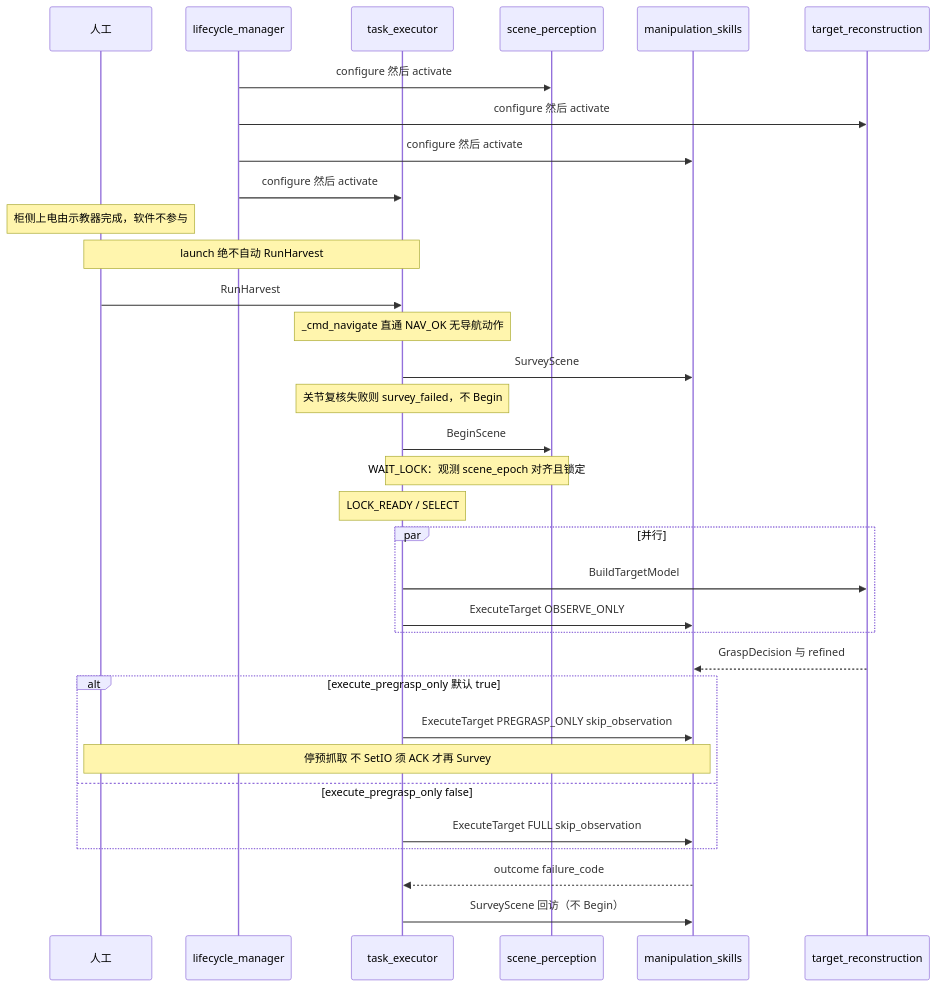
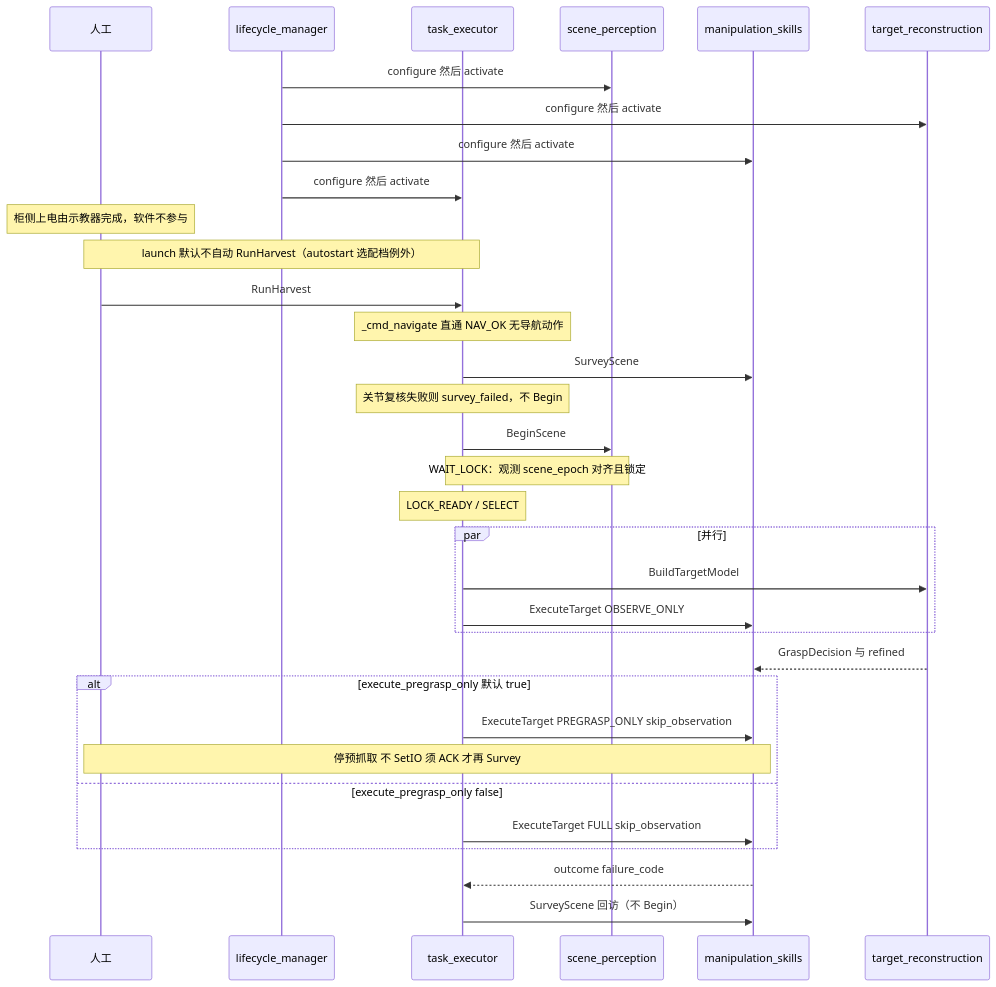
Before and after one commit to MUHAN11-c/aubo_boot: the third of 4 diagrams in src/peach/peach_harvester/doc/architecture.md, drawn with Mermaid. The commit also changed other lines of this file and 272 other files, not shown here.

````diff
--- a/src/peach/peach_harvester/doc/architecture.md
+++ b/src/peach/peach_harvester/doc/architecture.md
@@ -127,35 +124,35 @@
 ```mermaid
 sequenceDiagram
   participant Op as 人工
   participant Lcm as lifecycle_manager
   participant Ex as task_executor
   participant Sc as scene_perception
   participant Sk as manipulation_skills
   participant Rc as target_reconstruction
   Lcm->>Sc: configure 然后 activate
   Lcm->>Rc: configure 然后 activate
   Lcm->>Sk: configure 然后 activate
   Lcm->>Ex: configure 然后 activate
   Note over Op: 柜侧上电由示教器完成，软件不参与
-  Note over Op,Ex: launch 绝不自动 RunHarvest
+  Note over Op,Ex: launch 默认不自动 RunHarvest（autostart 选配档例外）
   Op->>Ex: RunHarvest
   Note over Ex: _cmd_navigate 直通 NAV_OK 无导航动作
   Ex->>Sk: SurveyScene
   Note over Ex: 关节复核失败则 survey_failed，不 Begin
   Ex->>Sc: BeginScene
   Note over Ex,Sc: WAIT_LOCK：观测 scene_epoch 对齐且锁定
   Note over Ex: LOCK_READY / SELECT
   par 并行
     Ex->>Rc: BuildTargetModel
     Ex->>Sk: ExecuteTarget OBSERVE_ONLY
   end
   Rc-->>Sk: GraspDecision 与 refined
   alt execute_pregrasp_only 默认 true
     Ex->>Sk: ExecuteTarget PREGRASP_ONLY skip_observation
     Note over Op,Sk: 停预抓取 不 SetIO 须 ACK 才再 Survey
   else execute_pregrasp_only false
     Ex->>Sk: ExecuteTarget FULL skip_observation
   end
   Sk-->>Ex: outcome failure_code
   Ex->>Sk: SurveyScene 回访（不 Begin）
 ```
````
